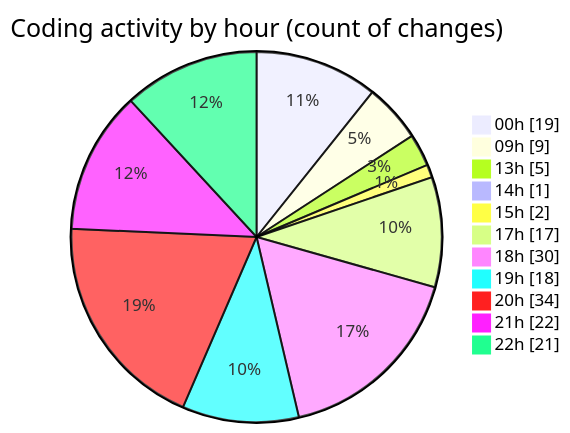
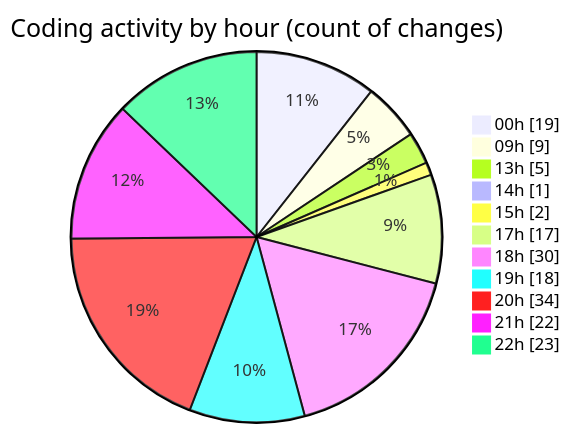
One commit to EIIisD/code-tracking changed the second of 2 diagrams in 2025-08-12/ribbon/README.md. Above: the diagram before and after it, drawn with Mermaid. The commit also changed other lines of this file and 1 other file, not shown here.

````diff
--- a/2025-08-12/ribbon/README.md
+++ b/2025-08-12/ribbon/README.md
@@ -58,15 +58,15 @@
 ```mermaid
 pie showData
 title Coding activity by hour (count of changes)
 "00h" : 19
 "09h" : 9
 "13h" : 5
 "14h" : 1
 "15h" : 2
 "17h" : 17
 "18h" : 30
 "19h" : 18
 "20h" : 34
 "21h" : 22
-"22h" : 21
+"22h" : 23
 ```
````
